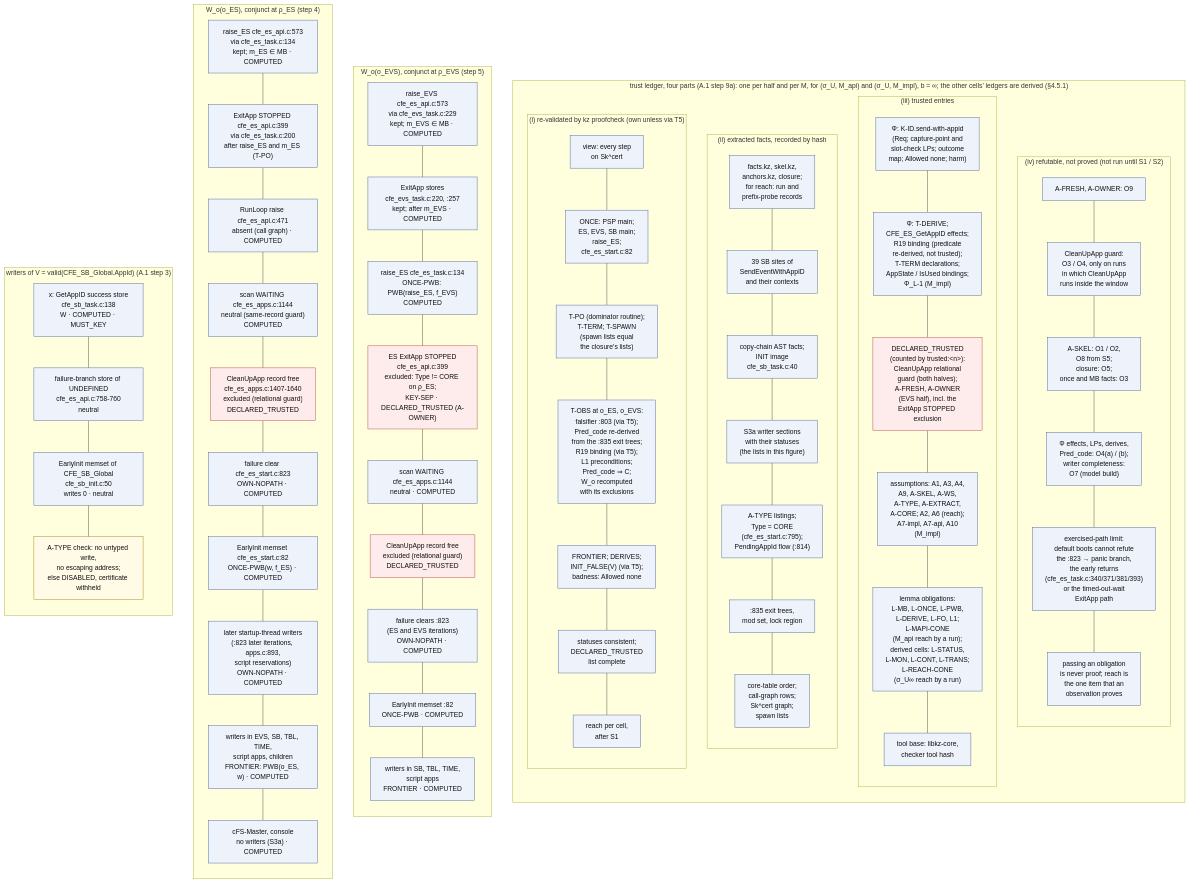
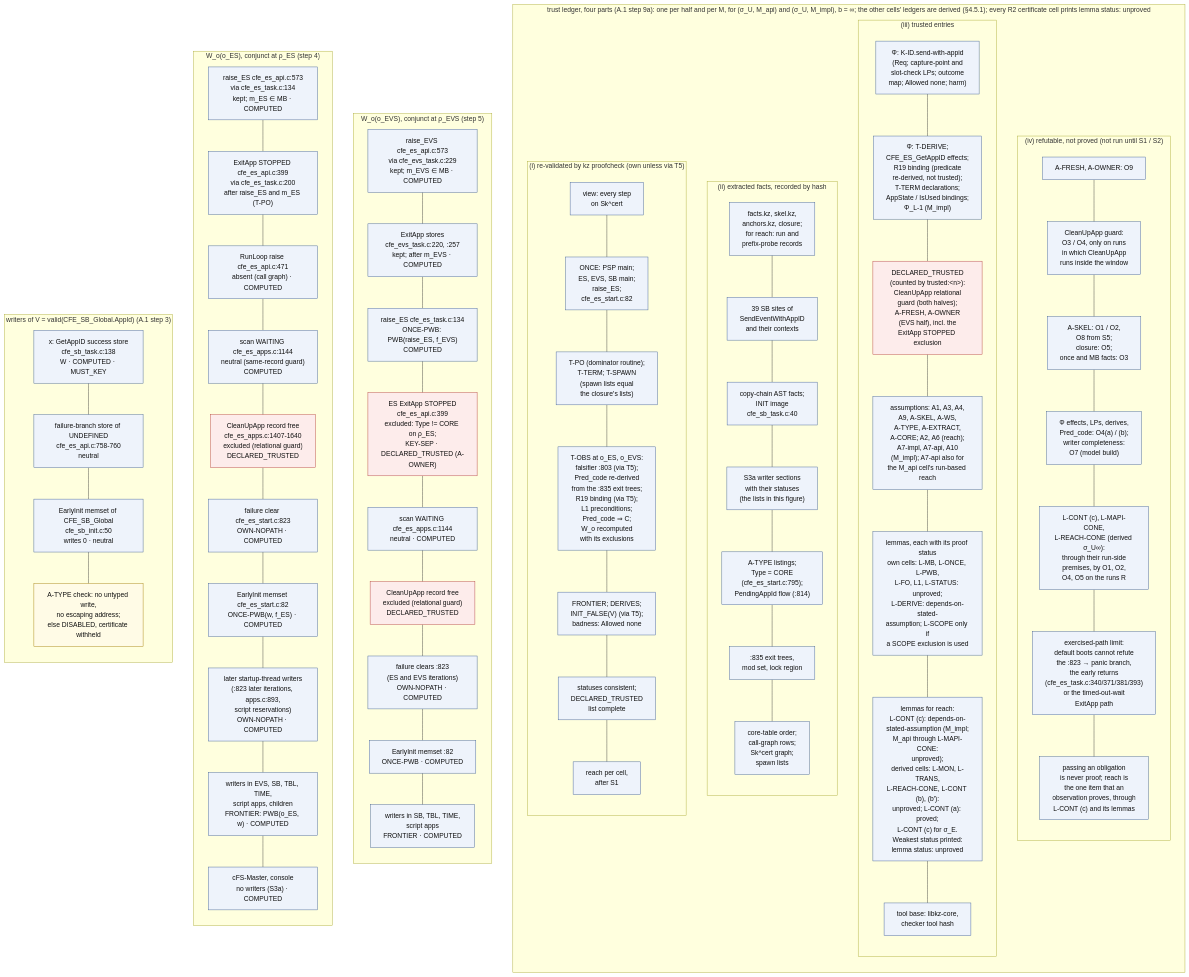
The fourth of 5 diagrams in research/cfs_procrace/Architecture/05_cfs_mapping.md (wookjaeya/Shape-Perf), drawn with Mermaid before and after one commit. The commit also changed other lines of this file and 41 other files, not shown here.

First line of the commit message:
rev 1.3 diagrams: D0-D4, D6-D9 updated and re-rendered (mermaid-cli 11.17.0); diagrams README at rev 1.3; embedded figure blocks in 01-10 synced with the sources

````diff
--- a/research/cfs_procrace/Architecture/05_cfs_mapping.md
+++ b/research/cfs_procrace/Architecture/05_cfs_mapping.md
@@ -940,11 +946,12 @@
 ```mermaid
 flowchart TD
     %% D8 detail - writer entries of the R2 certificate with transition and key status, and the four-part trust ledger.
-    %% Source: spec §12 D8 (rev 1.1); App. A.1 steps 3-5, 9, 9a; §4.2, §4.4, §4.5.1. Expected behaviour; nothing here was run.
+    %% Source: spec §12 D8 (rev 1.2: lemma proof statuses, L-CONT (c)); App. A.1 steps 3-5, 9, 9a; §4.2, §4.4, §4.5.1, §6.2. Expected behaviour; nothing here was run.
+    %% Rev 1.3 (ADR-053, ADR-057): R2 is the baseline validation (rung V1′); this certificate and its ledger are the optional route for the universal statement.
     %% Each column is one list (the thin links only stack the entries). Red = DECLARED_TRUSTED entry.
     %% The ledger parts are declared (iv) to (i) so that Mermaid places them (i) to (iv) from left to right.
 
-    subgraph TL["trust ledger, four parts (A.1 step 9a): one per half and per M, for (σ_U, M_api) and (σ_U, M_impl), b = ∞; the other cells' ledgers are derived (§4.5.1)"]
+    subgraph TL["trust ledger, four parts (A.1 step 9a): one per half and per M, for (σ_U, M_api) and (σ_U, M_impl), b = ∞; the other cells' ledgers are derived (§4.5.1); every R2 certificate cell prints lemma status: unproved"]
         direction TB
         subgraph TL4["(iv) refutable, not proved (not run until S1 / S2)"]
             direction TB
@@ -953,18 +960,20 @@
             F3R["A-SKEL: O1 / O2,<br/>O8 from S5;<br/>closure: O5;<br/>once and MB facts: O3"]
             F4R["Φ effects, LPs, derives,<br/>Pred_code: O4(a) / (b);<br/>writer completeness:<br/>O7 (model build)"]
             F5R["exercised-path limit:<br/>default boots cannot refute<br/>the :823 → panic branch,<br/>the early returns<br/>(cfe_es_task.c:340/371/381/393)<br/>or the timed-out-wait<br/>ExitApp path"]
-            F6R["passing an obligation<br/>is never proof; reach is<br/>the one item that an<br/>observation proves"]
-            F1R --- F2R --- F3R --- F4R --- F5R --- F6R
+            F7R["L-CONT (c), L-MAPI-CONE,<br/>L-REACH-CONE (derived σ_U∞):<br/>through their run-side<br/>premises, by O1, O2,<br/>O4, O5 on the runs R"]
+            F6R["passing an obligation<br/>is never proof; reach is<br/>the one item that an<br/>observation proves, through<br/>L-CONT (c) and its lemmas"]
+            F1R --- F2R --- F3R --- F4R --- F7R --- F5R --- F6R
         end
         subgraph TL3["(iii) trusted entries"]
             direction TB
             P1["Φ: K-ID.send-with-appid<br/>(Req; capture-point and<br/>slot-check LPs; outcome<br/>map; Allowed none; harm)"]
             P2["Φ: T-DERIVE;<br/>CFE_ES_GetAppID effects;<br/>R19 binding (predicate<br/>re-derived, not trusted);<br/>T-TERM declarations;<br/>AppState / IsUsed bindings;<br/>Φ_L-1 (M_impl)"]
             P3["DECLARED_TRUSTED<br/>(counted by trusted:#60;n#62;):<br/>CleanUpApp relational<br/>guard (both halves);<br/>A-FRESH, A-OWNER<br/>(EVS half), incl. the<br/>ExitApp STOPPED exclusion"]
-            P4["assumptions: A1, A3, A4,<br/>A9, A-SKEL, A-WS,<br/>A-TYPE, A-EXTRACT,<br/>A-CORE; A2, A6 (reach);<br/>A7-impl, A7-api, A10<br/>(M_impl)"]
-            P5["lemma obligations:<br/>L-MB, L-ONCE, L-PWB,<br/>L-DERIVE, L-FO, L1;<br/>L-MAPI-CONE<br/>(M_api reach by a run);<br/>derived cells: L-STATUS,<br/>L-MON, L-CONT, L-TRANS;<br/>L-REACH-CONE<br/>(σ_U∞ reach by a run)"]
+            P4["assumptions: A1, A3, A4,<br/>A9, A-SKEL, A-WS,<br/>A-TYPE, A-EXTRACT,<br/>A-CORE; A2, A6 (reach);<br/>A7-impl, A7-api, A10<br/>(M_impl); A7-api also for<br/>the M_api cell's run-based reach"]
+            P5["lemmas, each with its proof status<br/>own cells: L-MB, L-ONCE, L-PWB,<br/>L-FO, L1, L-STATUS: unproved;<br/>L-DERIVE: depends-on-stated-<br/>assumption; L-SCOPE only if<br/>a SCOPE exclusion is used"]
+            P7["lemmas for reach:<br/>L-CONT (c): depends-on-<br/>stated-assumption (M_impl;<br/>M_api through L-MAPI-CONE:<br/>unproved);<br/>derived cells: L-MON, L-TRANS,<br/>L-REACH-CONE, L-CONT (b), (b′):<br/>unproved; L-CONT (a): proved;<br/>L-CONT (c) for σ_E.<br/>Weakest status printed:<br/>lemma status: unproved"]
             P6["tool base: libkz-core,<br/>checker tool hash"]
-            P1 --- P2 --- P3 --- P4 --- P5 --- P6
+            P1 --- P2 --- P3 --- P4 --- P5 --- P7 --- P6
         end
         subgraph TL2["(ii) extracted facts, recorded by hash"]
             direction TB
@@ -1032,7 +1041,7 @@
     classDef trust fill:#fdeceb,stroke:#b23b3b,color:#111
     classDef chk fill:#fffbe6,stroke:#a07a00,color:#111
     class V1,V2,V3,E1,E2,E3,E4,E6,E7,E8,E9,E10,F1,F2,F3,F5,F7,F8,F9 ok
-    class R1,R2,R3,R4,R5,R6,R7,X1,X2,X3,X4,X5,X6,X7,P1,P2,P4,P5,P6,F1R,F2R,F3R,F4R,F5R,F6R ok
+    class R1,R2,R3,R4,R5,R6,R7,X1,X2,X3,X4,X5,X6,X7,P1,P2,P4,P5,P6,P7,F1R,F2R,F3R,F4R,F5R,F6R,F7R ok
     class E5,F4,F6,P3 trust
     class V4 chk
 ```
````
